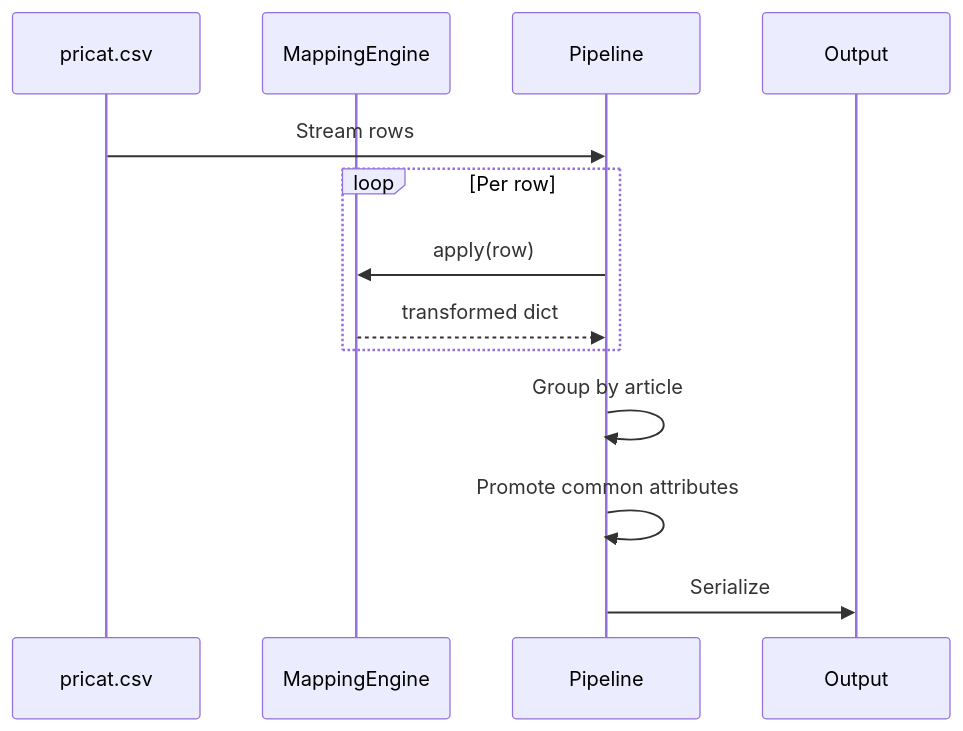
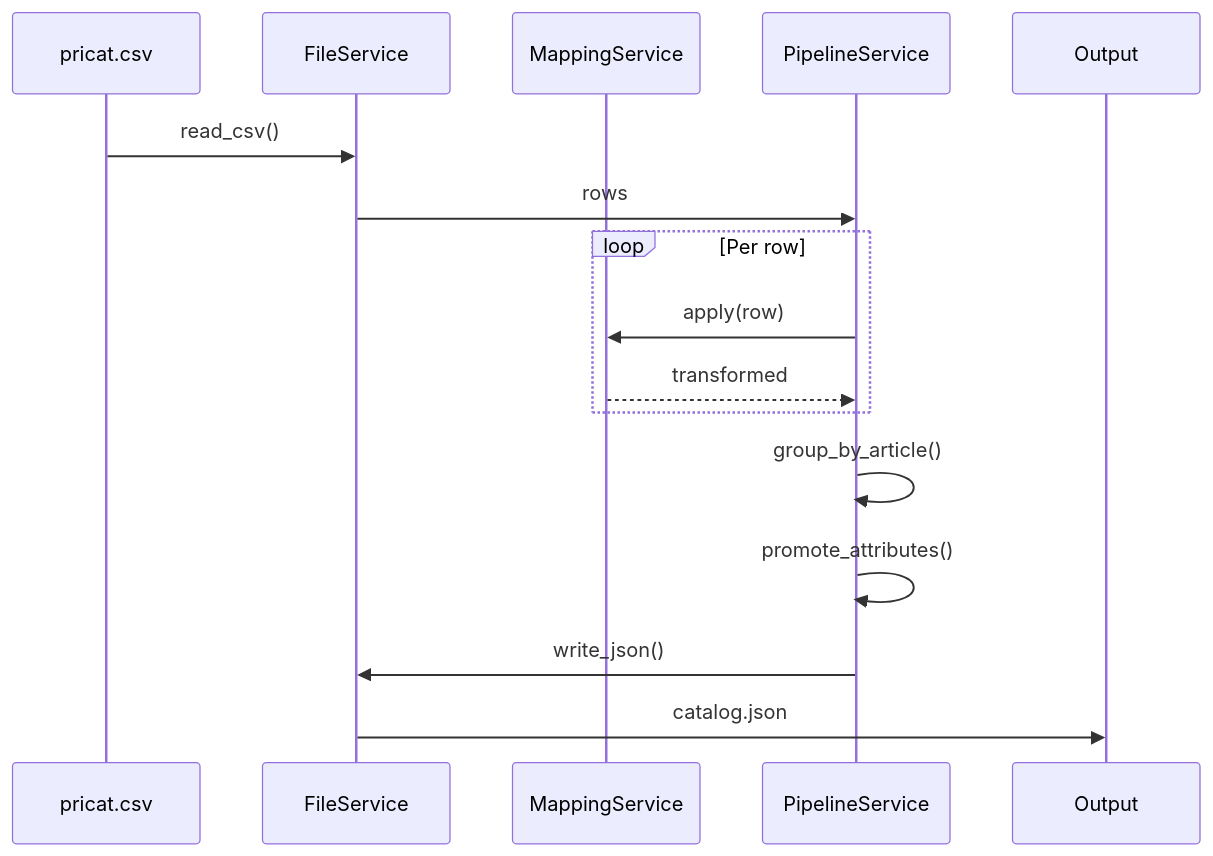
The first of 2 diagrams in docs/ARCHITECTURE.md (rezamobaraki/catalog-pipeline), drawn with Mermaid before and after one commit. The commit also changed other lines of this file and 10 other files, not shown here.

Commit message:
refactor architecture documentation and add service classes for file and mapping operations

````diff
--- a/docs/ARCHITECTURE.md
+++ b/docs/ARCHITECTURE.md
@@ -9,16 +9,19 @@
 ```mermaid
 sequenceDiagram
     participant CSV as pricat.csv
-    participant Map as MappingEngine
-    participant Pipe as Pipeline
+    participant FS as FileService
+    participant MS as MappingService
+    participant PS as PipelineService
     participant JSON as Output
 
-    CSV->>Pipe: Stream rows
+    CSV->>FS: read_csv()
+    FS->>PS: rows
     loop Per row
-        Pipe->>Map: apply(row)
-        Map-->>Pipe: transformed dict
+        PS->>MS: apply(row)
+        MS-->>PS: transformed
     end
-    Pipe->>Pipe: Group by article
-    Pipe->>Pipe: Promote common attributes
-    Pipe->>JSON: Serialize
+    PS->>PS: group_by_article()
+    PS->>PS: promote_attributes()
+    PS->>FS: write_json()
+    FS->>JSON: catalog.json
 ```
````
